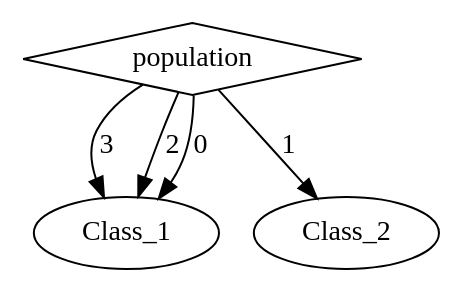
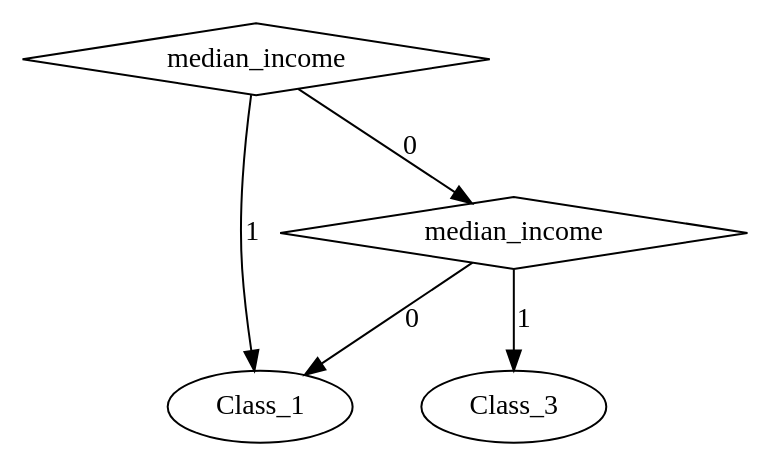
Before and after one commit to torfah/synplicate: the diagram in examples/california_census_simplified/program/program5.dot, drawn with Graphviz. The commit also changed 69 other files, not shown here.

```diff
--- a/examples/california_census_simplified/program/program5.dot
+++ b/examples/california_census_simplified/program/program5.dot
@@ -1,12 +1,12 @@
 digraph {
+node [label=Class_3,style=""] Class_3
 node [label=Class_1,style=""] Class_1
 node [label=Class_1,style=""] Class_1
-node [label=Class_2,style=""] Class_2
-node [label=Class_1,style=""] Class_1
-node [label=population,shape="diamond",style=""] 0
+node [label=median_income,shape="diamond",style=""] 1
+node [label=median_income,shape="diamond",style=""] 0
 
-0 -> Class_1 [label="3"]
-0 -> Class_1 [label="2"]
-0 -> Class_2 [label="1"]
-0 -> Class_1 [label="0"]
+1 -> Class_3 [label="1"]
+1 -> Class_1 [label="0"]
+0 -> Class_1 [label="1"]
+0 -> 1 [label="0"]
 }
```
